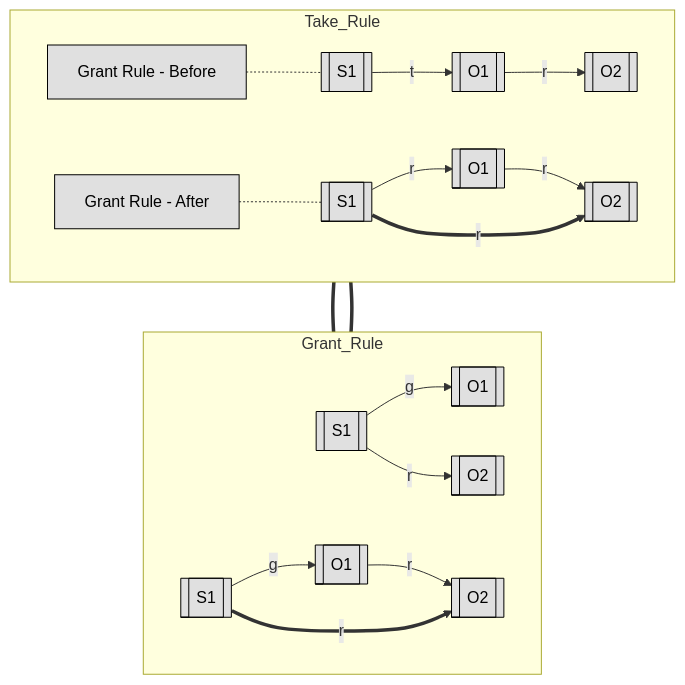
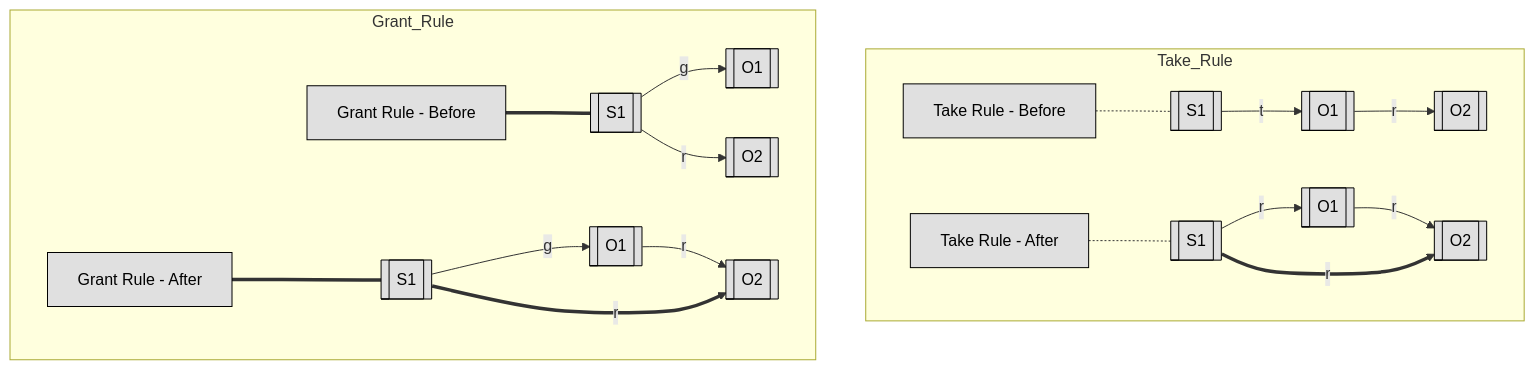
Diagram 11 of 11 in DOMAIN3: Security Architecture and Engineering/3.02 Understand the fundamental concepts of security models (e.g. Biba, STar Model, Bell Lapadula).md (lorenzoleonelli/CISSP-Zero-to-Hero), drawn with Mermaid before and after one commit.

Commit message:
Update 3.02 Understand the fundamental concepts of security models (e.g. Biba, STar Model, Bell Lapadula).md

````diff
--- a/DOMAIN3: Security Architecture and Engineering/3.02 Understand the fundamental concepts of security models (e.g. Biba, STar Model, Bell Lapadula).md
+++ b/DOMAIN3: Security Architecture and Engineering/3.02 Understand the fundamental concepts of security models (e.g. Biba, STar Model, Bell Lapadula).md
@@ -384,26 +384,26 @@
 ```mermaid
 flowchart TB
 
 subgraph Take_Rule
     direction LR
     S1_Take1[["S1"]] -->|t| O1_Take1[["O1"]] -->|r| O2_Take1[["O2"]]
     S1_Take2[["S1"]] -->|r| O1_Take2[["O1"]] -->|r| O2_Take2[["O2"]]
     S1_Take2[["S1"]] ==>|r| O2_Take2[["O2"]]
     label1[Take Rule  - Before]:::label -.- S1_Take1
     label2[Take Rule - After]:::label -.- S1_Take2
 end
 
 subgraph Grant_Rule
     direction LR
     S1_Grant1[["S1"]] -->|g| O1_Grant1[["O1"]]
     S1_Grant1[["S1"]] -->|r| O2_Grant1[["O2"]]
     S1_Grant2[["S1"]] -->|g| O1_Grant2[["O1"]] -->|r| O2_Grant2[["O2"]]
     S1_Grant2[["S1"]] ==>|r| O2_Grant2[["O2"]]
-    label1[Grant Rule  - Before]:::label === S1_Grant1
-    label2[Grant Rule - After]:::label === S1_Grant2
+    label3[Grant Rule  - Before]:::label === S1_Grant1
+    label4[Grant Rule - After]:::label === S1_Grant2
 end
 
     classDef center fill:#ffffff,color:#000000,stroke:#000000,stroke-width:1px,font-weight:bold
     classDef node fill:#e0e0e0,color:#000000,stroke:#000000,stroke-width:1px
 
 ```
````
